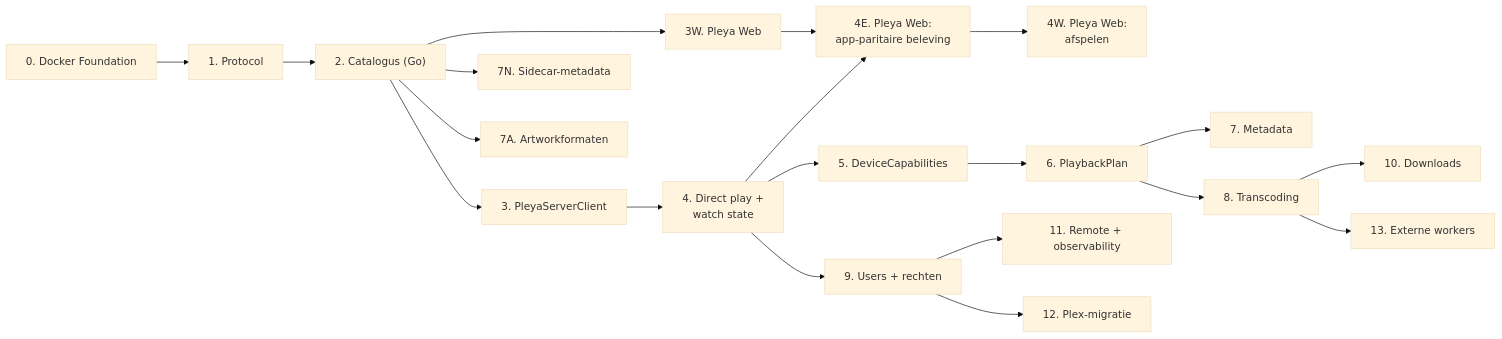
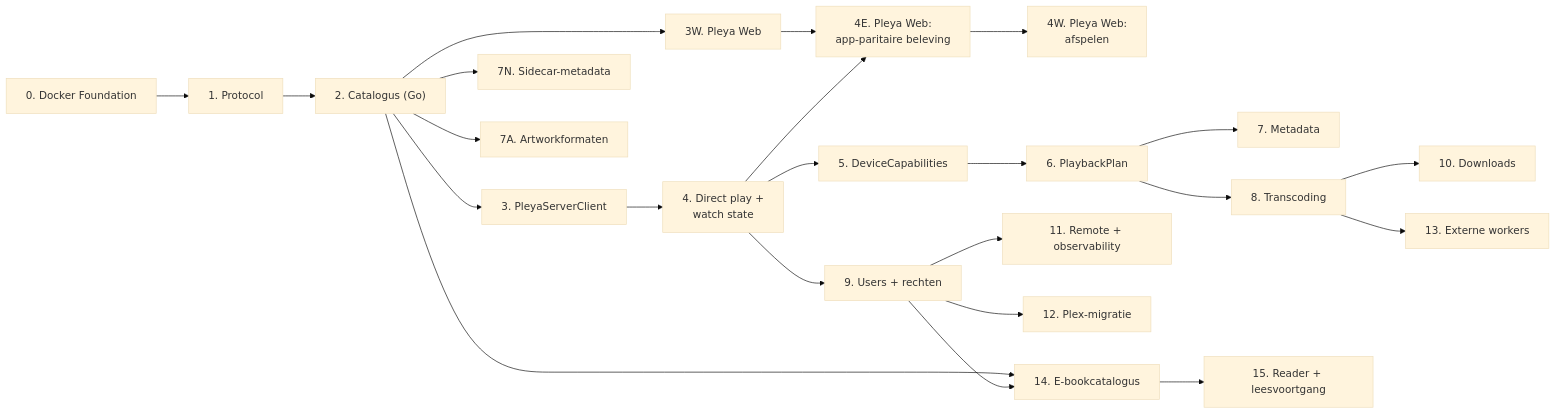
The sixth of 6 diagrams in docs/pleya-server-architecture.md (michelknoop21/pleya), drawn with Mermaid (base theme) before and after one commit. The commit also changed other lines of this file and 6 other files, not shown here.

````diff
--- a/docs/pleya-server-architecture.md
+++ b/docs/pleya-server-architecture.md
@@ -1552,22 +1560,25 @@
 ```mermaid
 flowchart LR
   P0["0. Docker Foundation"] --> P1["1. Protocol"]
   P1 --> P2["2. Catalogus (Go)"]
   P2 --> P3["3. PleyaServerClient"]
   P2 --> P3W["3W. Pleya Web"]
   P3 --> P4["4. Direct play +<br/>watch state"]
   P3W --> P4E["4E. Pleya Web:<br/>app-paritaire beleving"]
   P4 --> P4E
   P4E --> P4W["4W. Pleya Web:<br/>afspelen"]
   P4 --> P5["5. DeviceCapabilities"]
   P5 --> P6["6. PlaybackPlan"]
   P6 --> P7["7. Metadata"]
   P2 --> P7N["7N. Sidecar-metadata"]
   P2 --> P7A["7A. Artworkformaten"]
   P6 --> P8["8. Transcoding"]
   P4 --> P9["9. Users + rechten"]
   P8 --> P10["10. Downloads"]
   P9 --> P11["11. Remote + observability"]
   P9 --> P12["12. Plex-migratie"]
   P8 --> P13["13. Externe workers"]
+  P2 --> P14["14. E-bookcatalogus"]
+  P9 --> P14
+  P14 --> P15["15. Reader + leesvoortgang"]
 ```
````
